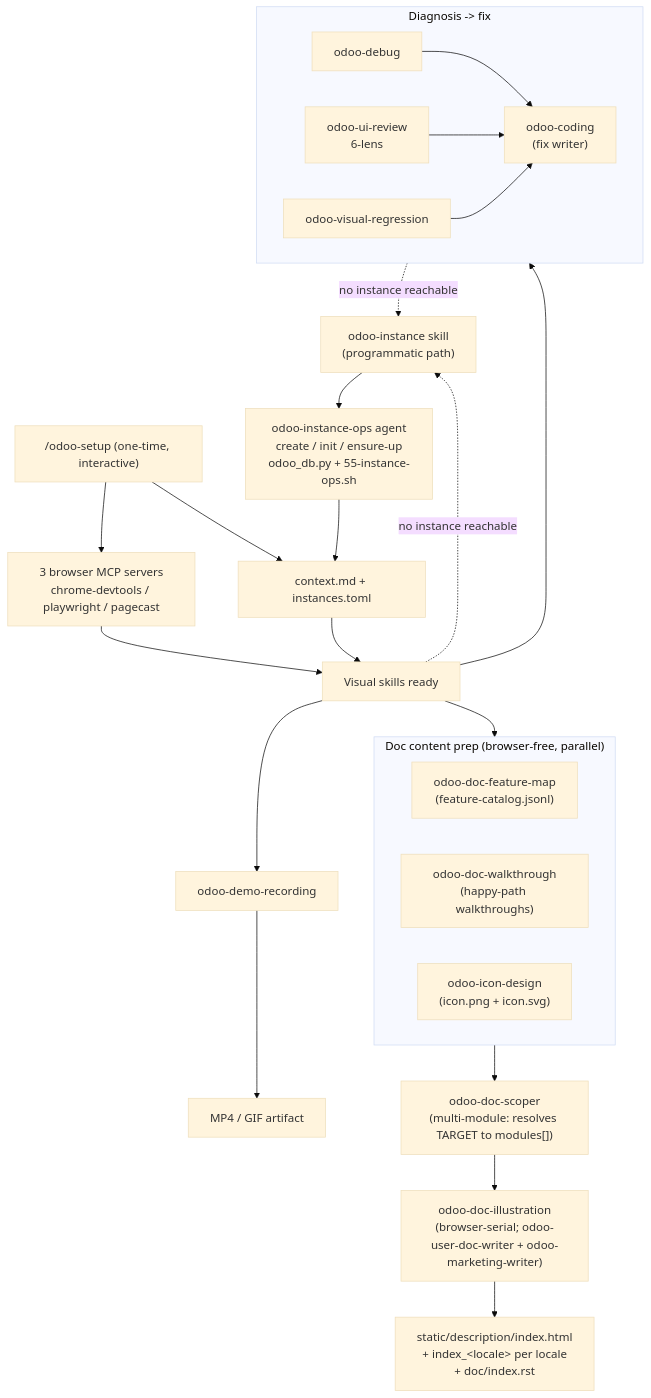
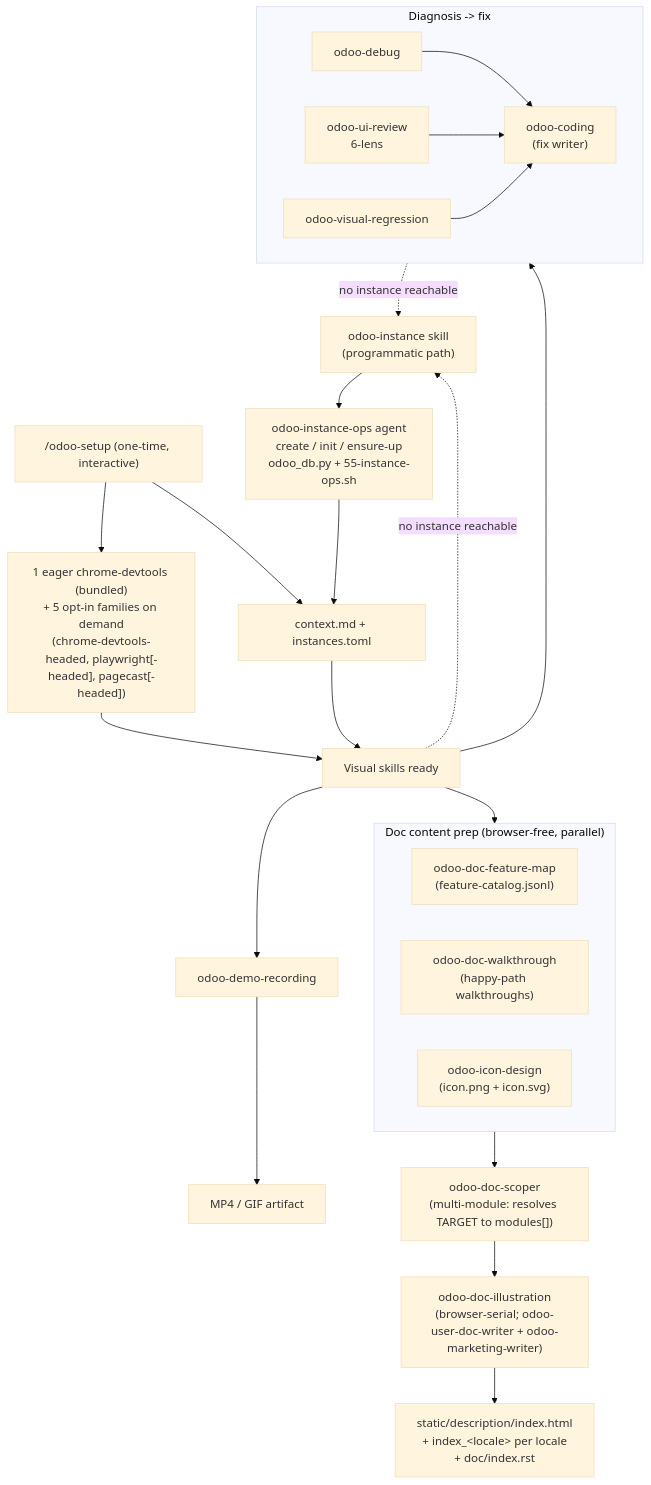
The fourth of 8 diagrams in plugins/odoo-ai-agents/README.md (Viindoo/odoo-mcp-client), drawn with Mermaid (base theme) before and after one commit. The commit also changed other lines of this file and 22 other files, not shown here.

First line of the commit message:
chore(release): reconcile docs, mermaid, CHANGELOG, OSM count; regenerate SSOT artifacts; bump 4.9.0

````diff
--- a/plugins/odoo-ai-agents/README.md
+++ b/plugins/odoo-ai-agents/README.md
@@ -314,37 +323,37 @@
 ```mermaid
 flowchart TD
     SETUP["/odoo-setup (one-time, interactive)"]
-    SETUP --> MCPW["3 browser MCP servers<br/>chrome-devtools / playwright / pagecast"]
+    SETUP --> MCPW["1 eager chrome-devtools (bundled)<br/>+ 5 opt-in families on demand<br/>(chrome-devtools-headed, playwright[-headed], pagecast[-headed])"]
     SETUP --> CTX["context.md + instances.toml"]
 
     INST["odoo-instance skill<br/>(programmatic path)"]
     INST --> IOPS["odoo-instance-ops agent<br/>create / init / ensure-up<br/>odoo_db.py + 55-instance-ops.sh"]
     IOPS --> CTX
 
     MCPW --> SK["Visual skills ready"]
     CTX --> SK
 
     subgraph FIX_SKILLS["Diagnosis -> fix"]
         UID["odoo-debug"] --> FC["odoo-coding<br/>(fix writer)"]
         UIR["odoo-ui-review<br/>6-lens"] --> FC
         VR["odoo-visual-regression"] --> FC
     end
 
     SK --> FIX_SKILLS
     SK --> DR["odoo-demo-recording"]
     DR --> MEDIA["MP4 / GIF artifact"]
 
     subgraph DOC_PREP["Doc content prep (browser-free, parallel)"]
         FMP["odoo-doc-feature-map<br/>(feature-catalog.jsonl)"]
         WLK["odoo-doc-walkthrough<br/>(happy-path walkthroughs)"]
         ICN["odoo-icon-design<br/>(icon.png + icon.svg)"]
     end
 
     SK --> DOC_PREP
     DOC_PREP --> DOCSCOPER["odoo-doc-scoper<br/>(multi-module: resolves TARGET to modules[])"]
     DOCSCOPER --> DOCILL["odoo-doc-illustration<br/>(browser-serial; odoo-user-doc-writer + odoo-marketing-writer)"]
     DOCILL --> DOCOUT["static/description/index.html<br/>+ index_&lt;locale&gt; per locale<br/>+ doc/index.rst"]
 
     FIX_SKILLS -. "no instance reachable" .-> INST
     SK -. "no instance reachable" .-> INST
 ```
````
